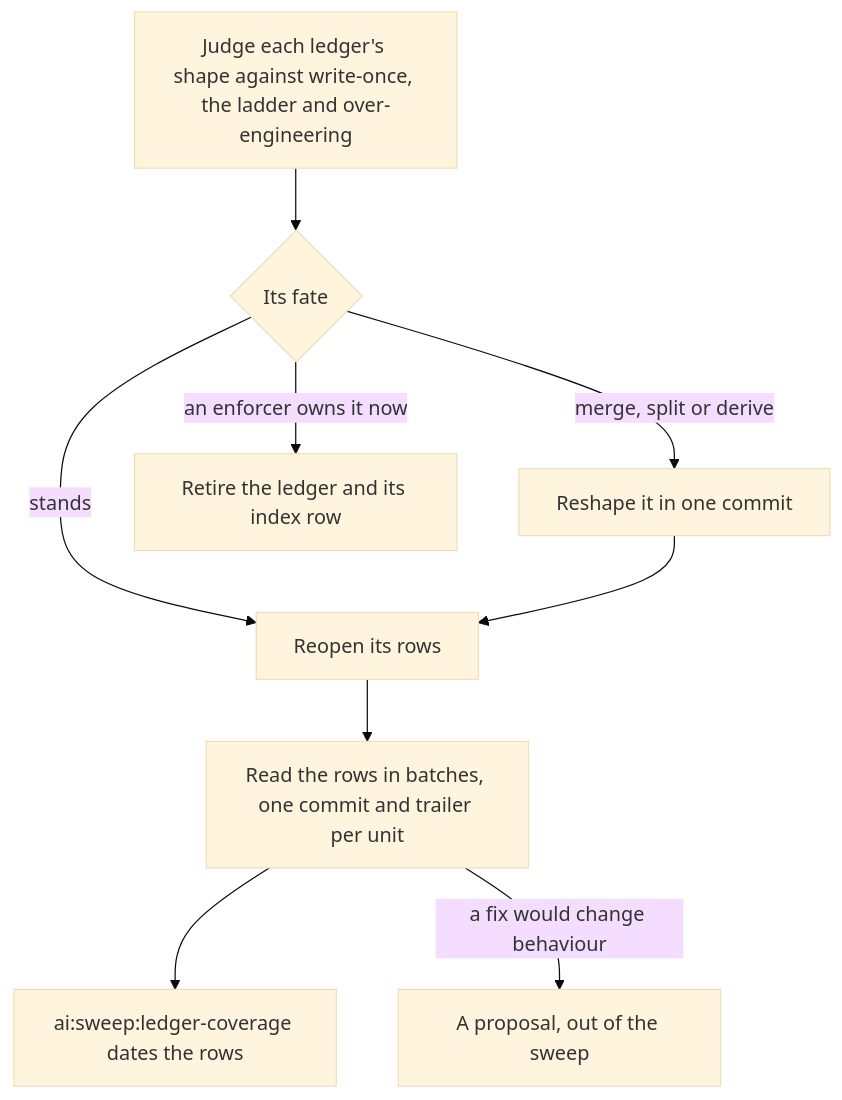
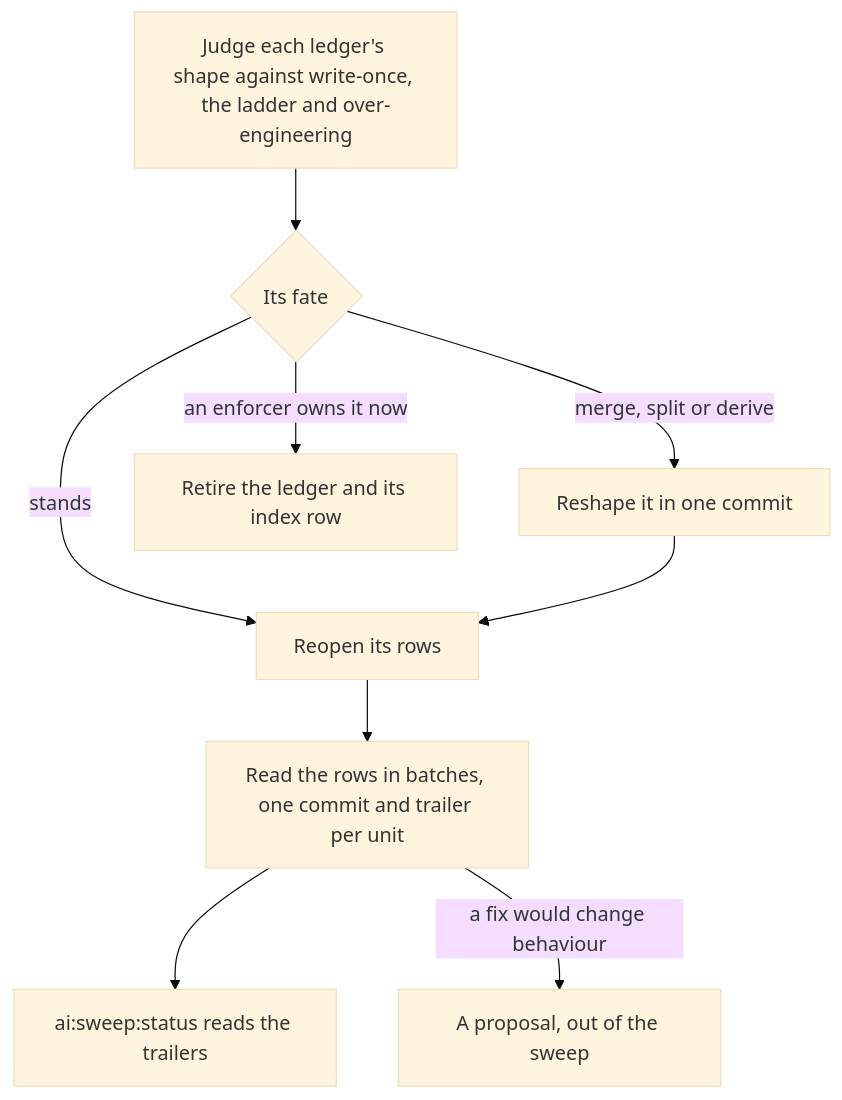
Before and after one commit to Esposter/Esposter: the diagram in openspec/changes/architecture-ledger-refresh/design.md, drawn with Mermaid (base theme). The commit also changed other lines of this file and 7 other files, not shown here.

First line of the commit message:
docs(openspec): the ledger redesign is its own change, and the refresh's row reads wait for it

````diff
--- a/openspec/changes/architecture-ledger-refresh/design.md
+++ b/openspec/changes/architecture-ledger-refresh/design.md
@@ -19,10 +19,10 @@
 ```mermaid
 flowchart TD
   judge[Judge each ledger's shape against write-once, the ladder and over-engineering] --> fate{Its fate}
   fate -->|stands| reopen[Reopen its rows]
   fate -->|merge, split or derive| reshape[Reshape it in one commit] --> reopen
   fate -->|an enforcer owns it now| retire[Retire the ledger and its index row]
   reopen --> batch[Read the rows in batches, one commit and trailer per unit]
-  batch --> coverage[ai:sweep:ledger-coverage dates the rows]
+  batch --> coverage[ai:sweep:status reads the trailers]
   batch -->|a fix would change behaviour| proposal[A proposal, out of the sweep]
 ```
````
